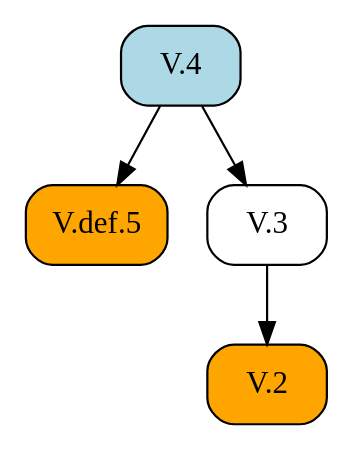
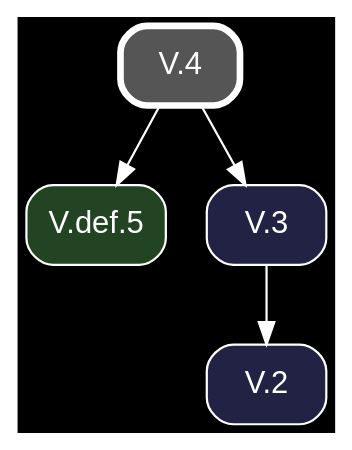
Before and after one commit to geometor/elements: the diagram in docsrc/heath/V/4/index.rst, drawn with Graphviz. The commit also changed other lines of this file and 1200 other files, not shown here.

Commit message:
update dependency graphs

```diff
--- a/docsrc/heath/V/4/index.rst
+++ b/docsrc/heath/V/4/index.rst
@@ -42,13 +42,15 @@
 .. graphviz::
 
    digraph {
+     bgcolor="black";
+     node [shape=box, style="rounded,filled", fontname="Helvetica", color="white", fontcolor="white"];
+     edge [color="white", fontcolor="white"];
      rankdir="TB";
-     node [shape=box, style=rounded];
-     "V.2" [style="rounded,filled", fillcolor=orange, URL="/heath/V/2/", target="_top"];
-     "V.def.5" [style="rounded,filled", fillcolor=orange, URL="/heath/V/def.5/", target="_top"];
-     "V.3" [URL="/heath/V/3/", target="_top"];
-     "V.4" [style="rounded,filled", fillcolor=lightblue, URL="/heath/V/4/", target="_top"];
-     "V.3" -> "V.2";
+     "V.def.5" [fillcolor="#224422", URL="/heath/V/def.5/", target="_top"];
+     "V.3" [fillcolor="#222244", URL="/heath/V/3/", target="_top"];
+     "V.2" [fillcolor="#222244", URL="/heath/V/2/", target="_top"];
+     "V.4" [penwidth=3, color="white", fillcolor="#555555", URL="/heath/V/4/", target="_top"];
      "V.4" -> "V.def.5";
      "V.4" -> "V.3";
+     "V.3" -> "V.2";
    }
```
